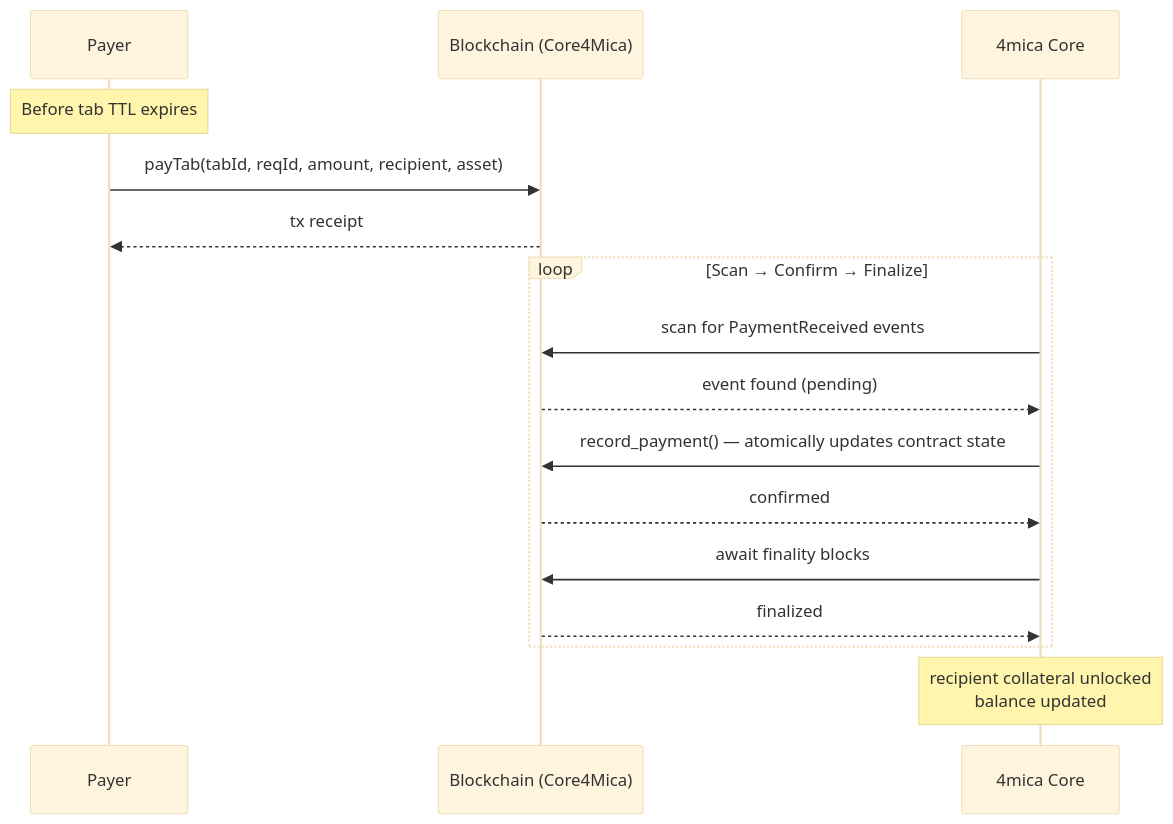
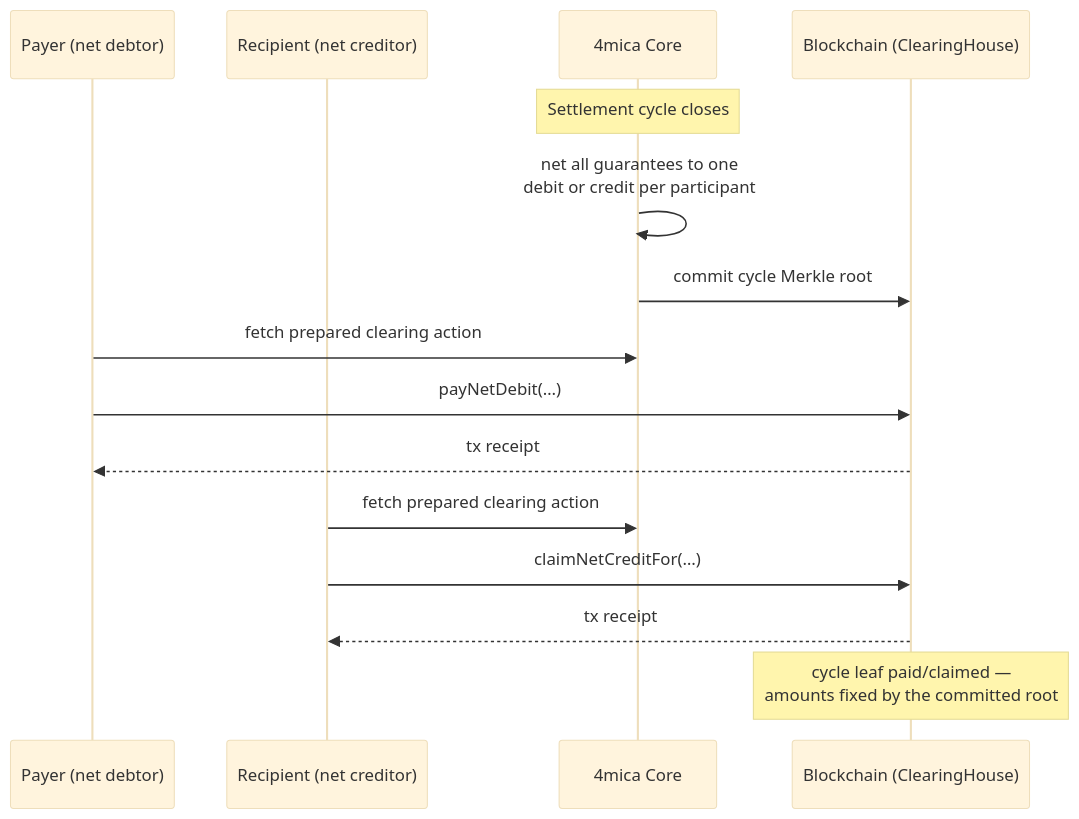
The second of 2 diagrams in apps/facilitator/README.md (4mica-Network/4mica), drawn with Mermaid (base theme) before and after one commit. The commit also changed other lines of this file and 19 other files, not shown here.

Commit message:
feat(x402-ts): update @4mica/x402 to SDK 2.0 and the tab-free protocol

````diff
--- a/apps/facilitator/README.md
+++ b/apps/facilitator/README.md
@@ -583,21 +586,21 @@
 ```mermaid
 sequenceDiagram
-    participant P as Payer
-    participant BC as Blockchain (Core4Mica)
+    participant P as Payer (net debtor)
+    participant R as Recipient (net creditor)
     participant C as 4mica Core
+    participant BC as Blockchain (ClearingHouse)
 
-    Note over P: Before tab TTL expires
-    P->>BC: payTab(tabId, reqId, amount, recipient, asset)
+    Note over C: Settlement cycle closes
+    C->>C: net all guarantees to one<br/>debit or credit per participant
+    C->>BC: commit cycle Merkle root
+
+    P->>C: fetch prepared clearing action
+    P->>BC: payNetDebit(…)
     BC-->>P: tx receipt
 
-    loop Scan → Confirm → Finalize
-        C->>BC: scan for PaymentReceived events
-        BC-->>C: event found (pending)
-        C->>BC: record_payment() — atomically updates contract state
-        BC-->>C: confirmed
-        C->>BC: await finality blocks
-        BC-->>C: finalized
-    end
+    R->>C: fetch prepared clearing action
+    R->>BC: claimNetCreditFor(…)
+    BC-->>R: tx receipt
 
-    Note over C: recipient collateral unlocked<br/>balance updated
+    Note over BC: cycle leaf paid/claimed —<br/>amounts fixed by the committed root
 ```
````
